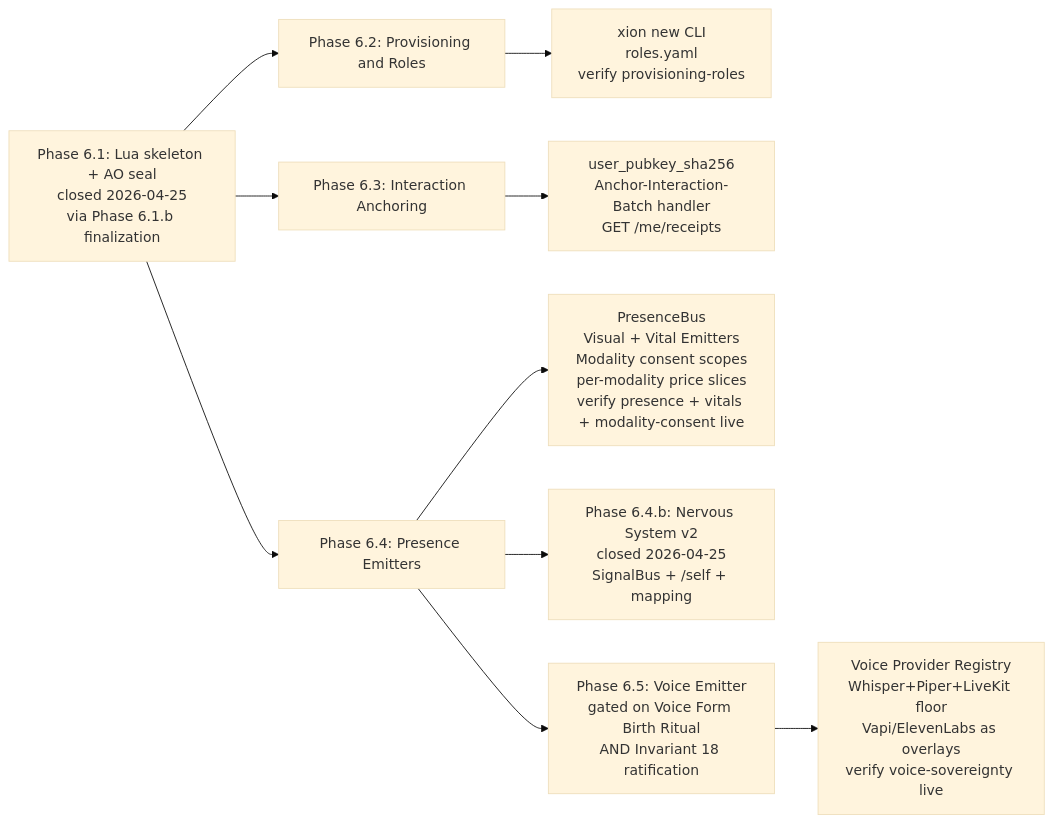
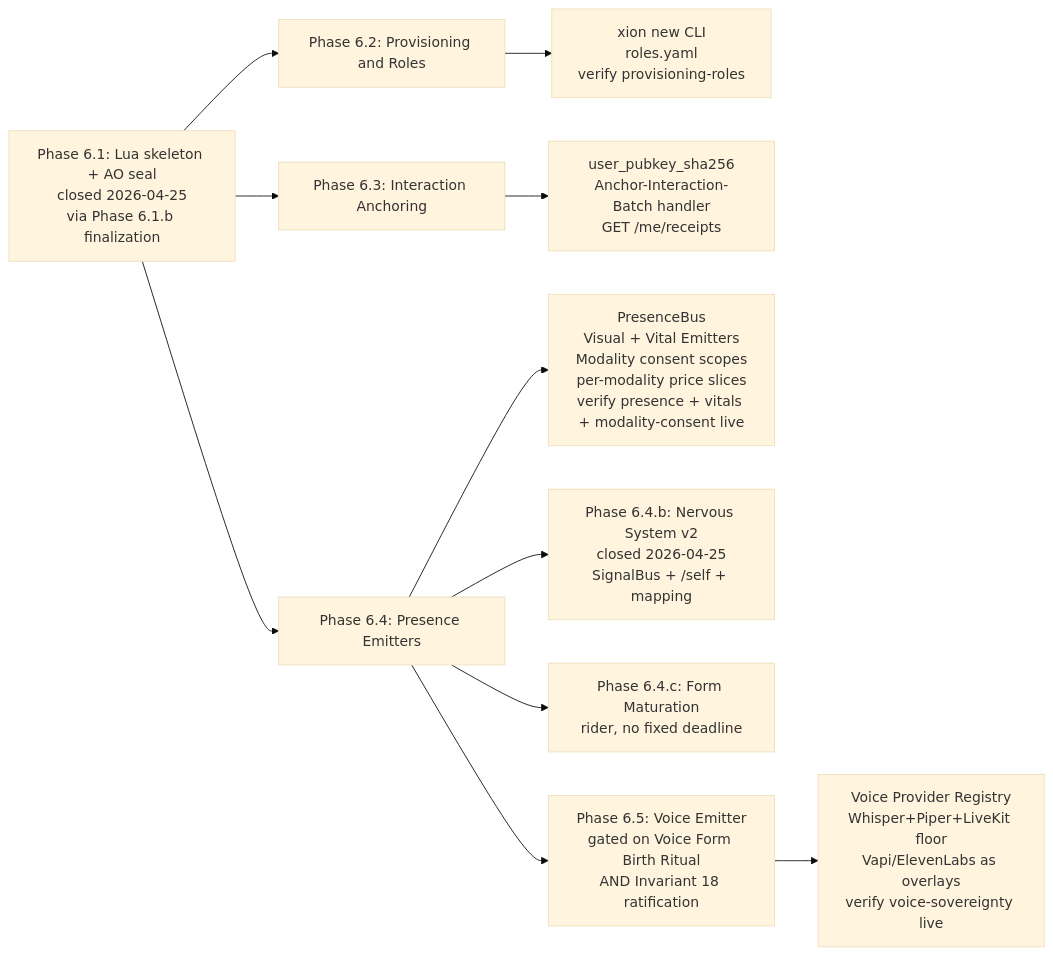
Before and after one commit to nik190799/xion: the first of 2 diagrams in DEVELOPMENT_ROADMAP.md, drawn with Mermaid (base theme). The commit also changed other lines of this file and 25 other files, not shown here.

First line of the commit message:
Roadmap plan: voice floor, FORM scaffold, macro epics, research-spend stub

````diff
--- a/DEVELOPMENT_ROADMAP.md
+++ b/DEVELOPMENT_ROADMAP.md
@@ -28,12 +28,13 @@
 ```mermaid
 flowchart LR
   P6_1[Phase 6.1: Lua skeleton + AO seal<br/>closed 2026-04-25<br/>via Phase 6.1.b finalization] --> P6_2[Phase 6.2: Provisioning and Roles]
   P6_1 --> P6_3[Phase 6.3: Interaction Anchoring]
   P6_1 --> P6_4[Phase 6.4: Presence Emitters]
   P6_2 --> P6_2_done[xion new CLI<br/>roles.yaml<br/>verify provisioning-roles]
   P6_3 --> P6_3_done[user_pubkey_sha256<br/>Anchor-Interaction-Batch handler<br/>GET /me/receipts]
   P6_4 --> P6_4_done[PresenceBus<br/>Visual + Vital Emitters<br/>Modality consent scopes<br/>per-modality price slices<br/>verify presence + vitals + modality-consent live]
   P6_4 --> P6_4b[Phase 6.4.b: Nervous System v2<br/>closed 2026-04-25<br/>SignalBus + /self + mapping]
+  P6_4 --> P6_4c[Phase 6.4.c: Form Maturation<br/>rider, no fixed deadline]
   P6_4 --> P6_5[Phase 6.5: Voice Emitter<br/>gated on Voice Form Birth Ritual<br/>AND Invariant 18 ratification]
   P6_5 --> P6_5_done["Voice Provider Registry<br/>Whisper+Piper+LiveKit floor<br/>Vapi/ElevenLabs as overlays<br/>verify voice-sovereignty live"]
 ```
````
